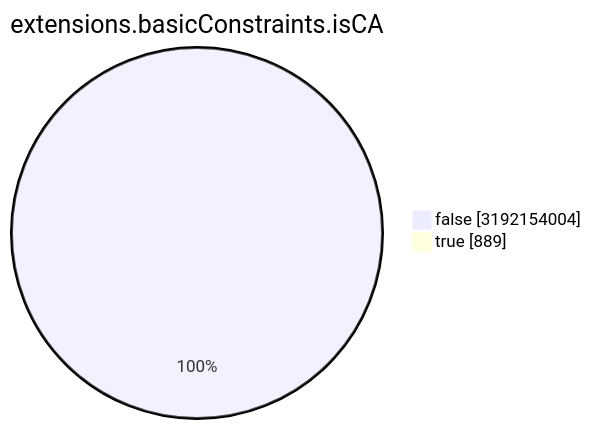
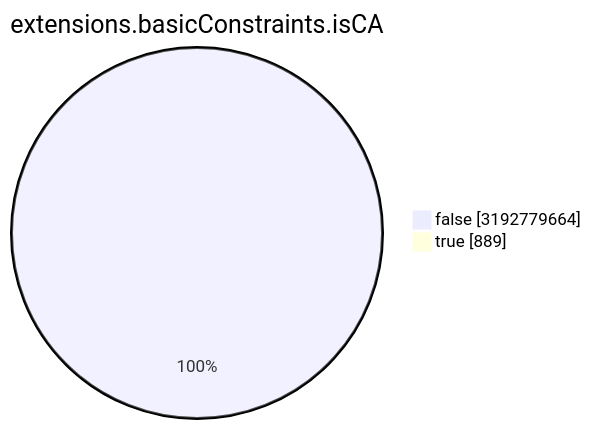
The seventh of 15 diagrams in TOTAL/README.md (christiankrug/ctmonitor_visualization), drawn with Mermaid before and after one commit. The commit also changed other lines of this file, not shown here.

````diff
--- a/TOTAL/README.md
+++ b/TOTAL/README.md
@@ -3088,6 +3088,6 @@
 ```mermaid
 pie showData
 title extensions.basicConstraints.isCA
-"false" :3192154004
+"false" :3192779664
 "true" :889
 ```
````
